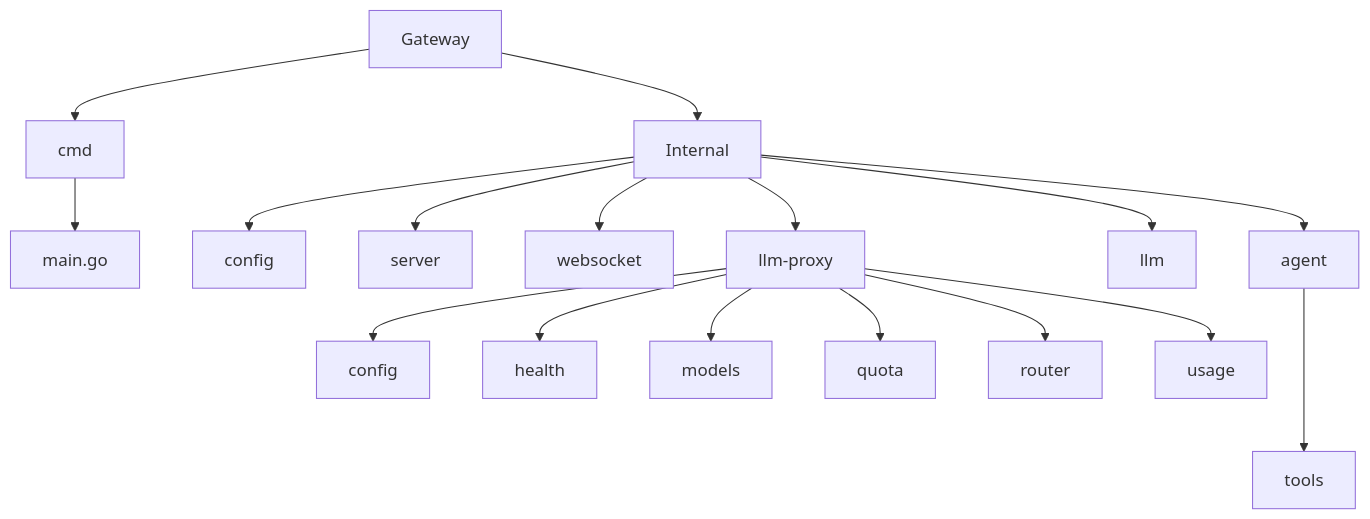
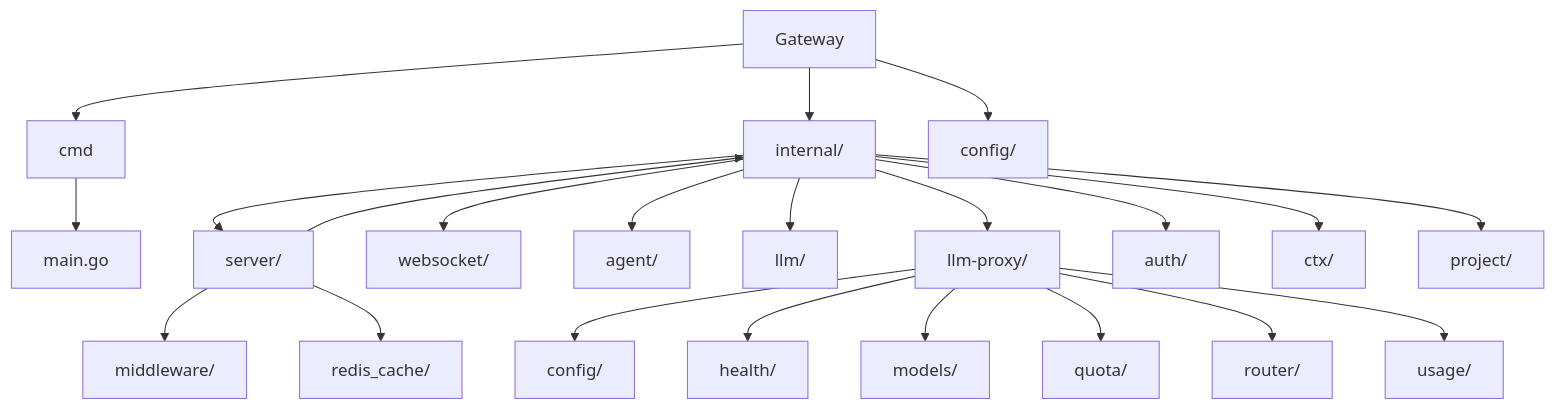
One commit to radch-ai/ava changed the second of 2 diagrams in docs/README.md. Above: the diagram before and after it, drawn with Mermaid. The commit also changed other lines of this file and 11 other files, not shown here.

````diff
--- a/docs/README.md
+++ b/docs/README.md
@@ -68,25 +78,30 @@
 ```mermaid
 flowchart TB
     Gateway[Gateway]
 
     Gateway --> CMD[cmd]
     Gateway --> Internal
+    Gateway --> Config[config/]
 
     CMD --> Main[main.go]
 
-    Internal --> Config[config]
-    Internal --> Server[server]
-    Internal --> WebSocket[websocket]
-    Internal --> Agent[agent]
-    Internal --> LLM[llm]
-    Internal --> LLMProxy[llm-proxy]
+    Internal --> Server[server/]
+    Internal --> WebSocket[websocket/]
+    Internal --> Agent[agent/]
+    Internal --> LLM[llm/]
+    Internal --> LLMProxy[llm-proxy/]
+    Internal --> Auth[auth/]
+    Internal --> Ctx[ctx/]
+    Internal --> Project[project/]
 
-    Agent ---> AgentTools[tools]
+    LLMProxy --> PConfig[config/]
+    LLMProxy --> PHealth[health/]
+    LLMProxy --> PModels[models/]
+    LLMProxy --> PQuota[quota/]
+    LLMProxy --> PRouter[router/]
+    LLMProxy --> PUsage[usage/]
 
-    LLMProxy --> PConfig[config]
-    LLMProxy --> PHealth[health]
-    LLMProxy --> PModels[models]
-    LLMProxy --> PQuota[quota]
-    LLMProxy --> PRouter[router]
-    LLMProxy --> PUsage[usage]
+    Server --> Middleware[middleware/]
+    Server --> Internal[internal/]
+    Server --> Cache[redis_cache/]
 ```
````
